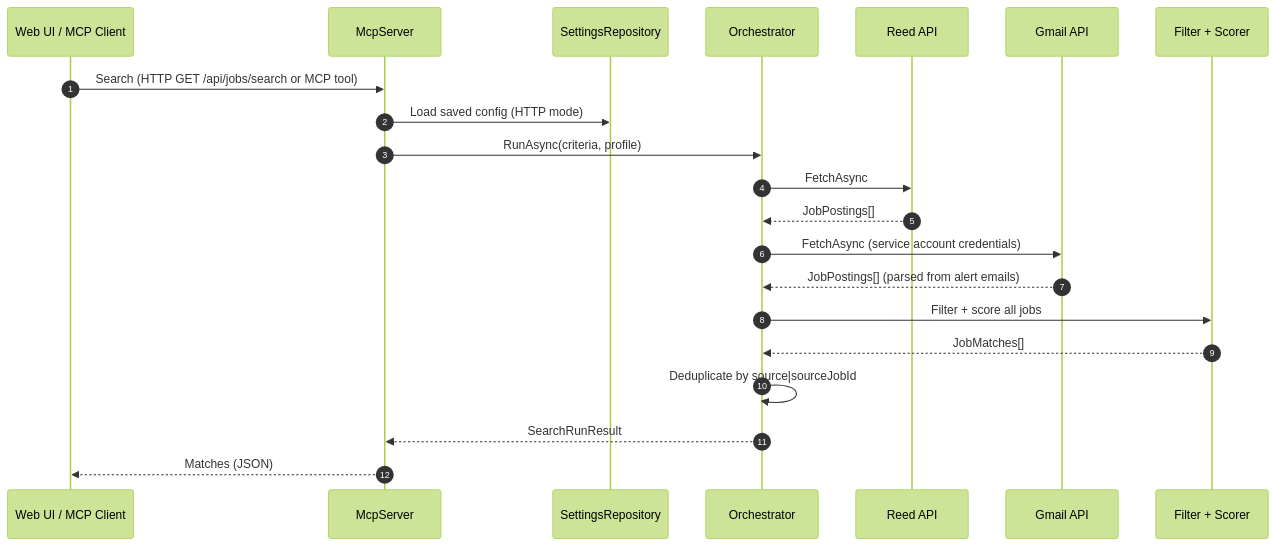
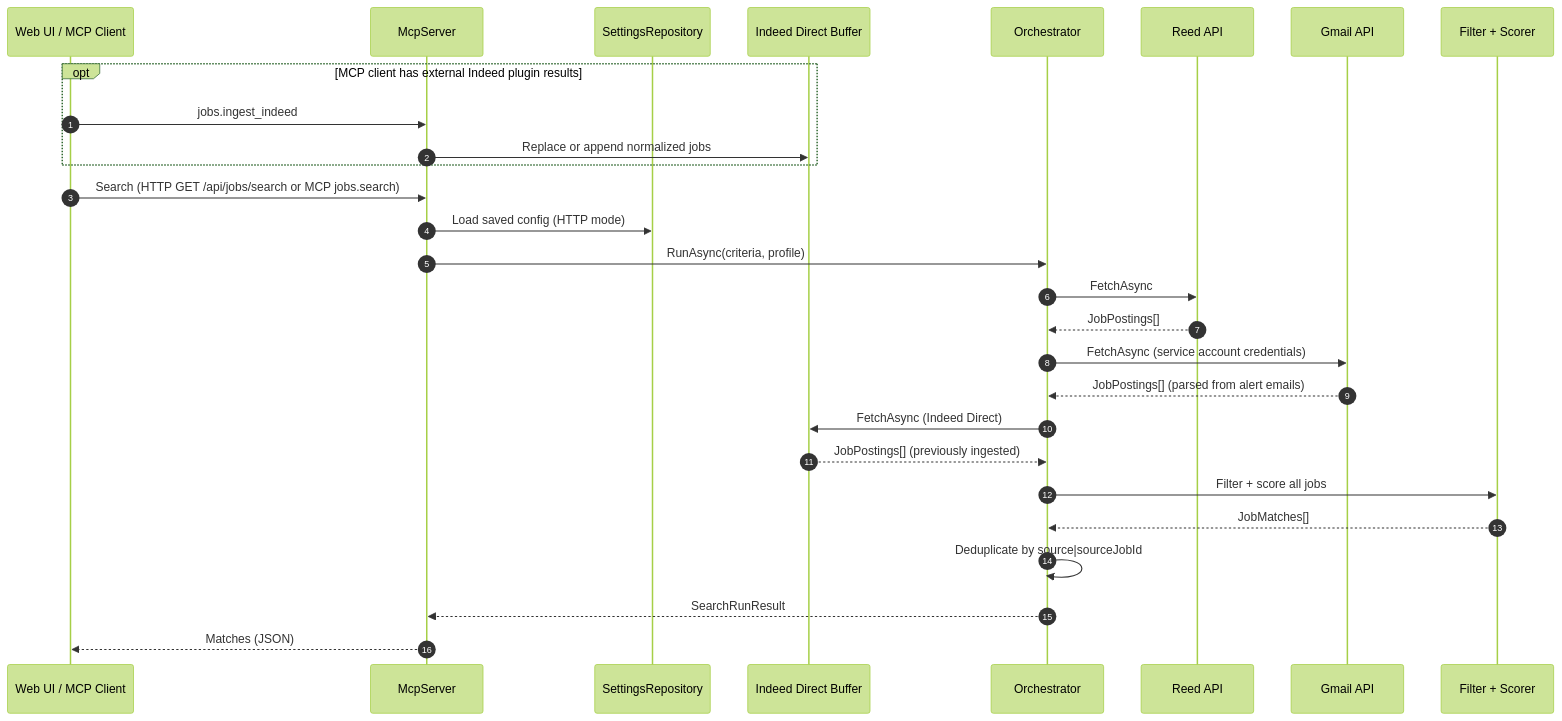
The fourth of 4 diagrams in README.md (ekanatha-urivakili/AiJobSearchAgent), drawn with Mermaid (forest theme) before and after one commit. The commit also changed other lines of this file and 5 other files, not shown here.

````diff
--- a/README.md
+++ b/README.md
@@ -162,28 +172,37 @@
 ```mermaid
 sequenceDiagram
     autonumber
     participant Client as Web UI / MCP Client
     participant Server as McpServer
     participant Settings as SettingsRepository
+    participant Ingest as Indeed Direct Buffer
     participant Orchestrator
     participant Reed as Reed API
     participant Gmail as Gmail API
     participant Scorer as Filter + Scorer
 
-    Client->>Server: Search (HTTP GET /api/jobs/search or MCP tool)
+    opt MCP client has external Indeed plugin results
+        Client->>Server: jobs.ingest_indeed
+        Server->>Ingest: Replace or append normalized jobs
+    end
+
+    Client->>Server: Search (HTTP GET /api/jobs/search or MCP jobs.search)
     Server->>Settings: Load saved config (HTTP mode)
     Server->>Orchestrator: RunAsync(criteria, profile)
 
     Orchestrator->>Reed: FetchAsync
     Reed-->>Orchestrator: JobPostings[]
 
     Orchestrator->>Gmail: FetchAsync (service account credentials)
     Gmail-->>Orchestrator: JobPostings[] (parsed from alert emails)
 
+    Orchestrator->>Ingest: FetchAsync (Indeed Direct)
+    Ingest-->>Orchestrator: JobPostings[] (previously ingested)
+
     Orchestrator->>Scorer: Filter + score all jobs
     Scorer-->>Orchestrator: JobMatches[]
 
     Orchestrator->>Orchestrator: Deduplicate by source|sourceJobId
     Orchestrator-->>Server: SearchRunResult
     Server-->>Client: Matches (JSON)
 ```
````
